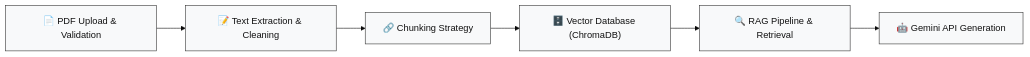
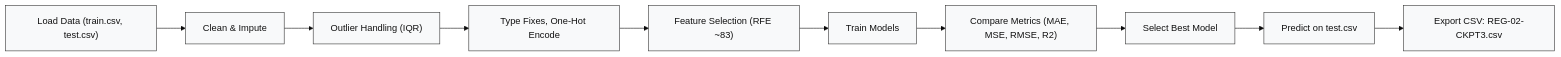
One commit to vishnu25-ds/House-Price-Prediction changed the diagram in README.md. Above: the diagram before and after it, drawn with Mermaid (base theme).

````diff
--- a/README.md
+++ b/README.md
@@ -46,11 +46,18 @@
 ```mermaid
 
 flowchart LR
-    A["📄 PDF Upload & Validation"] --> B["📝 Text Extraction & Cleaning"] --> C["🔗 Chunking Strategy"]
-    C --> D["🗄️ Vector Database (ChromaDB)"] --> E["🔍 RAG Pipeline & Retrieval"] --> F["🤖 Gemini API Generation"]
+    A["Load Data (train.csv, test.csv)"] --> B["Clean & Impute"]
+    B --> C["Outlier Handling (IQR)"]
+    C --> D["Type Fixes, One-Hot Encode"]
+    D --> E["Feature Selection (RFE ~83)"]
+    E --> F["Train Models"]
+    F --> G["Compare Metrics (MAE, MSE, RMSE, R2)"]
+    G --> H["Select Best Model"]
+    H --> I["Predict on test.csv"]
+    I --> J["Export CSV: REG-02-CKPT3.csv"]
 
-    %% Styles: clean boxes
+    %% clean, subtle styling
     classDef node fill:#f8f9fa,stroke:#333,stroke-width:1px,color:#111;
-    class A,B,C,D,E,F node;
+    class A,B,C,D,E,F,G,H,I,J node;
 
 ```
````
